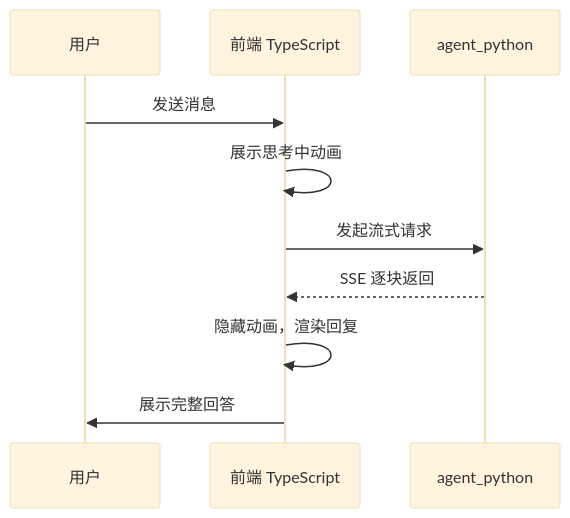
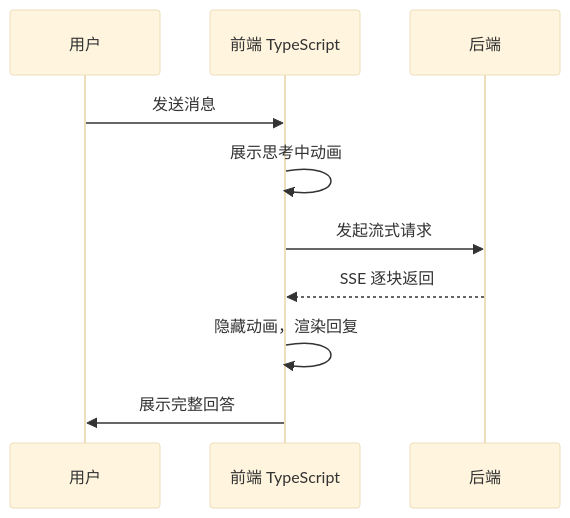
Before and after one commit to swipth/work-report: the second of 5 diagrams in reports/2026-06-02/index.md, drawn with Mermaid (base theme). The commit also changed other lines of this file and 18 other files, not shown here.

````diff
--- a/reports/2026-06-02/index.md
+++ b/reports/2026-06-02/index.md
@@ -38,13 +38,13 @@
 ```mermaid
 sequenceDiagram
     participant U as 用户
     participant F as 前端 TypeScript
-    participant A as agent_python
+    participant A as 后端
 
     U->>F: 发送消息
     F->>F: 展示思考中动画
     F->>A: 发起流式请求
     A-->>F: SSE 逐块返回
     F->>F: 隐藏动画，渲染回复
     F->>U: 展示完整回答
 ```
````
